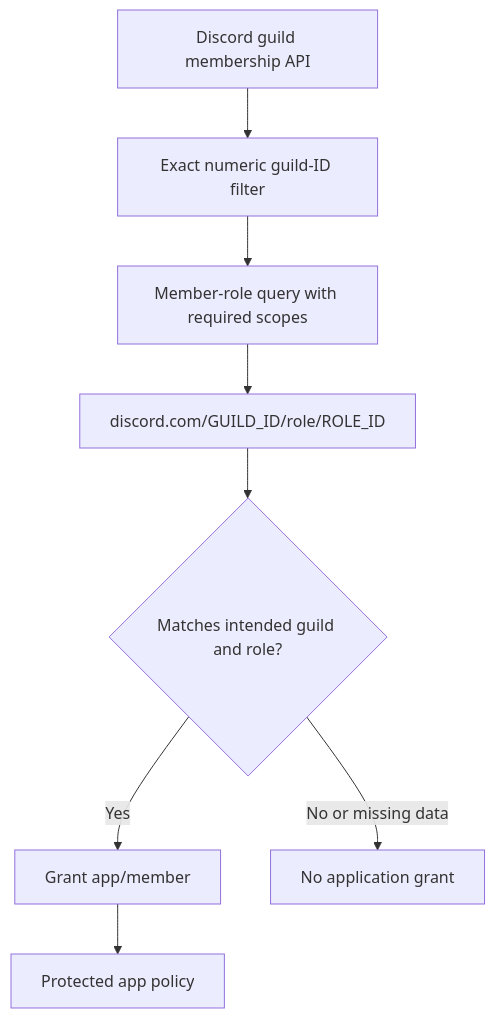
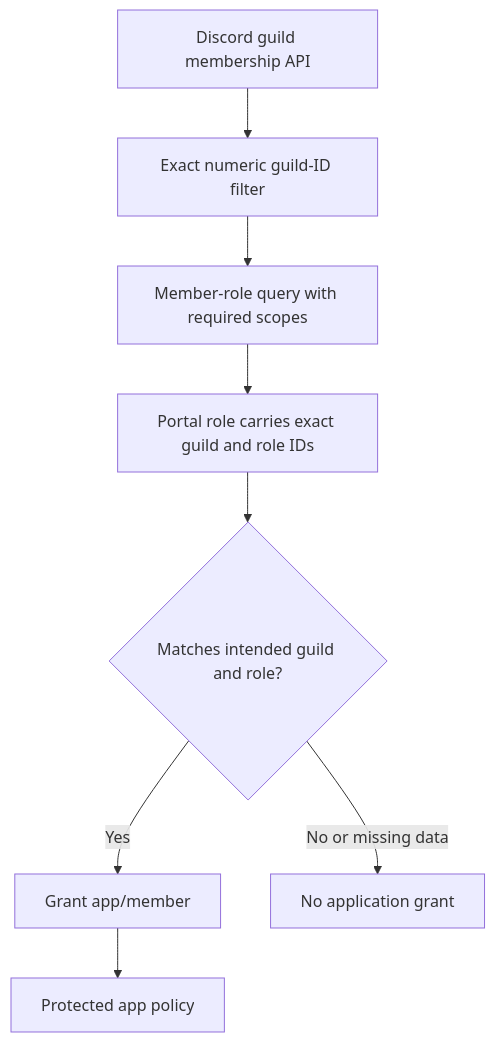
One commit to authcrunch/authcrunch.github.io changed the diagram in docs/authenticate/oauth/81-backend-oauth2-0013-discord.md. Above: the diagram before and after it, drawn with Mermaid. The commit also changed 183 other files, not shown here.

````diff
--- a/docs/authenticate/oauth/81-backend-oauth2-0013-discord.md
+++ b/docs/authenticate/oauth/81-backend-oauth2-0013-discord.md
@@ -58,12 +58,12 @@
 ```mermaid
 flowchart TD
   accTitle: An exact Discord guild-role combination becomes the app grant
   accDescr: Guild filters operate on numeric IDs and select which memberships are queried or mapped. With the required scopes, returned member role IDs produce a guild-qualified role. The example matches one exact guild-role combination. Guild display names, administrator permission, and OAuth consent do not automatically grant portal administration or app access.
   G["Discord guild membership API"] --> F["Exact numeric guild-ID filter"]
   F --> M["Member-role query with required scopes"]
-  M --> R["discord.com/GUILD_ID/role/ROLE_ID"]
+  M --> R["Portal role carries exact guild and role IDs"]
   R --> T{"Matches intended guild and role?"}
   T -->|Yes| A["Grant app/member"]
   T -->|No or missing data| N["No application grant"]
   A --> P["Protected app policy"]
 ```
````
